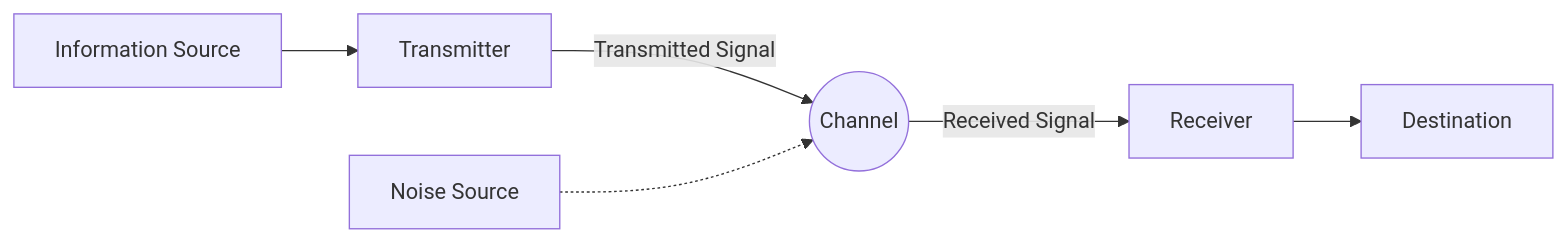
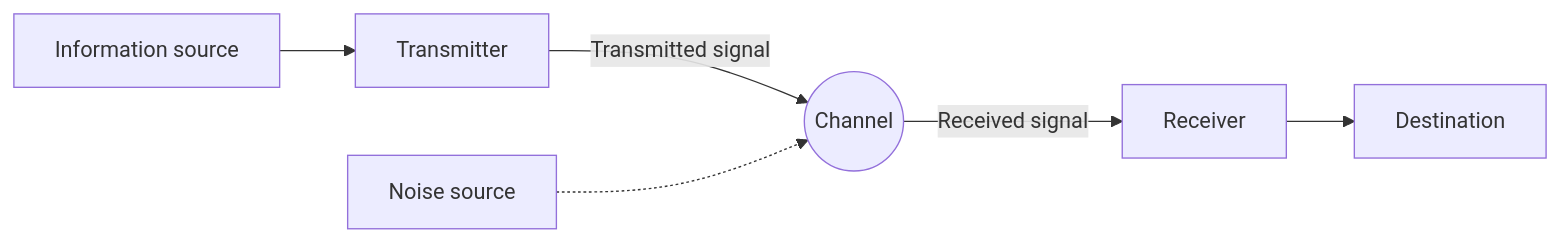
One commit to kenjinote/blog changed the diagram in content/post/information-theory-shannon-entropy/index.en.md. Above: the diagram before and after it, drawn with Mermaid. The commit also changed other lines of this file and 16 other files, not shown here.

````diff
--- a/content/post/information-theory-shannon-entropy/index.en.md
+++ b/content/post/information-theory-shannon-entropy/index.en.md
@@ -29,8 +30,8 @@
 ```mermaid
 graph LR
-    A["Information Source"] --> B["Transmitter"]
-    B -->|"Transmitted Signal"| C(("Channel"))
-    C -->|"Received Signal"| D["Receiver"]
+    A["Information source"] --> B["Transmitter"]
+    B -->|"Transmitted signal"| C(("Channel"))
+    C -->|"Received signal"| D["Receiver"]
     D --> E["Destination"]
-    N["Noise Source"] -.-> C
+    N["Noise source"] -.-> C
 ```
````
